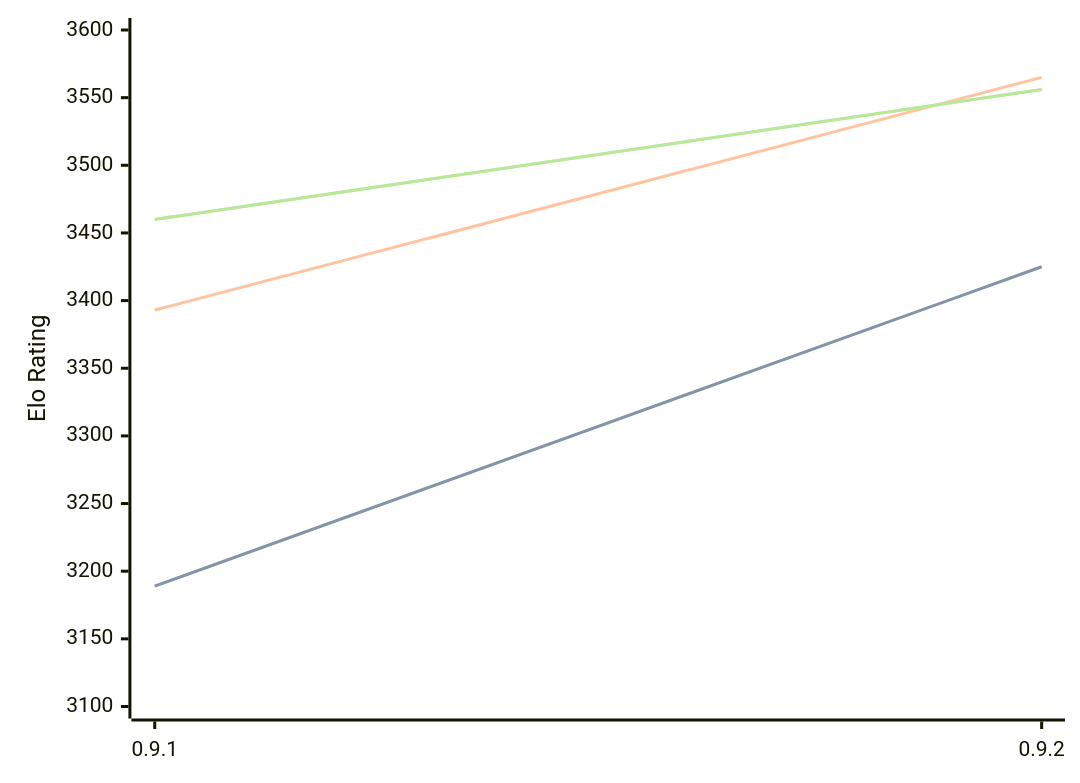
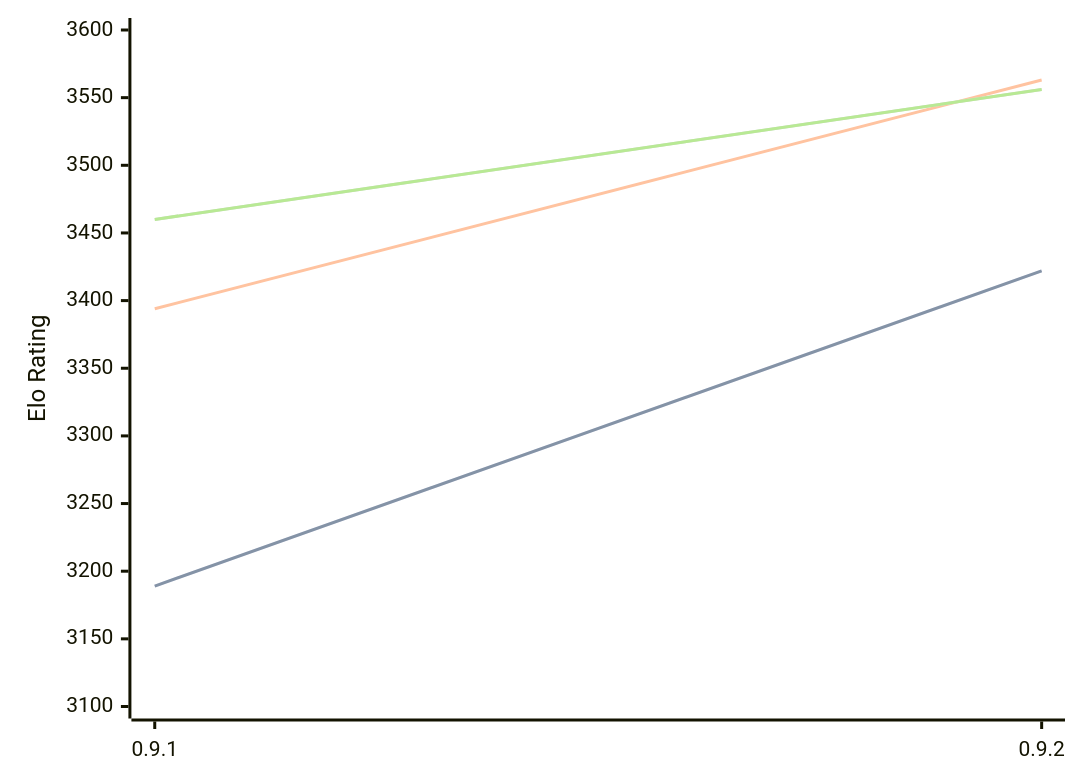
Before and after one commit to computer-chess-index/cci: the diagram in engines/Coda.md, drawn with Mermaid. The commit also changed other lines of this file, not shown here.

````diff
--- a/engines/Coda.md
+++ b/engines/Coda.md
@@ -32,11 +32,11 @@
 ```mermaid
 %%{init: {"theme":"base","themeVariables":{"seriesColors:['#a3a3a3','#222221','#faa371']}}}%%
 xychart-beta
   x-axis ["0.9.1", "0.9.2"]
   y-axis "Elo Rating" 3100 --> 3600
-  line "STC (8.0+0.08s)" [3189, 3425]
-  line "STC (8.0+0.08s)" [3189, 3425]
-  line "LTC (60.0+0.60s)" [3393, 3565]
+  line "STC (8.0+0.08s)" [3189, 3422]
+  line "STC (8.0+0.08s)" [3189, 3422]
+  line "LTC (60.0+0.60s)" [3394, 3563]
   line "VLTC (2m24s+1.12s)" [3460, 3556]
   line "VLTC (2m24s+1.12s)" [3460, 3556]
 ```
````
